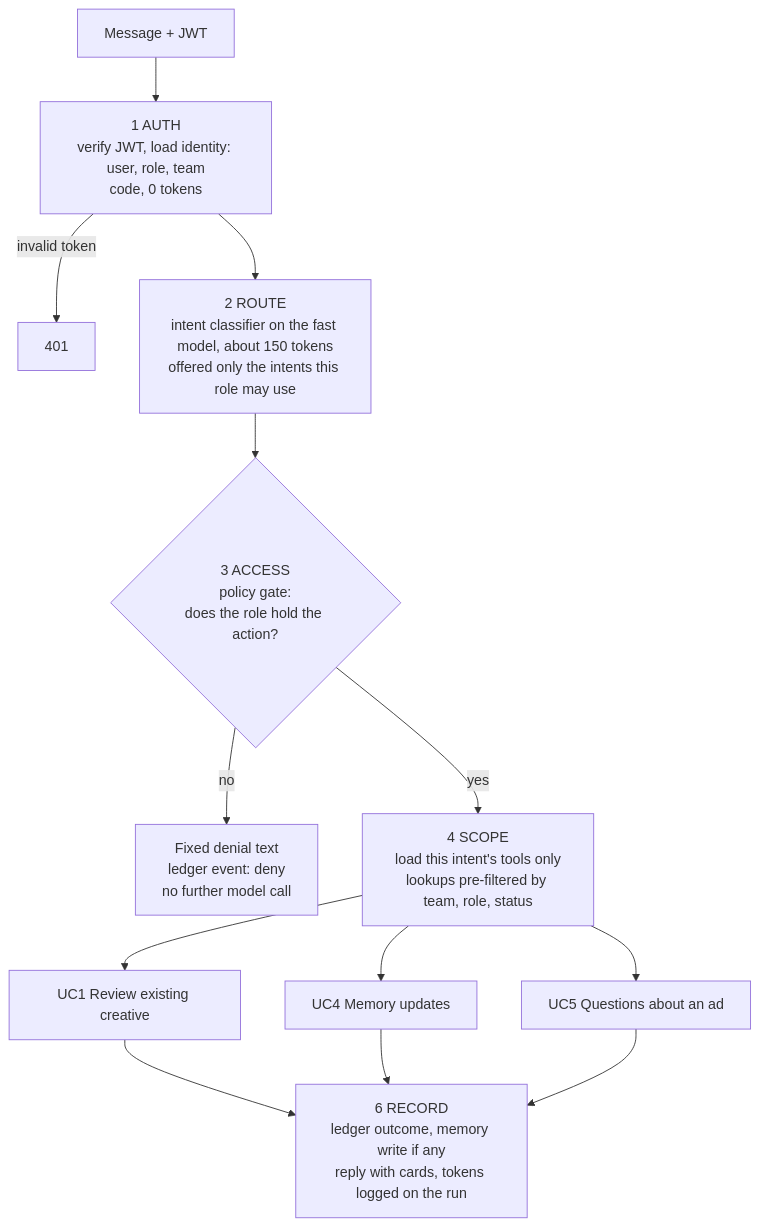
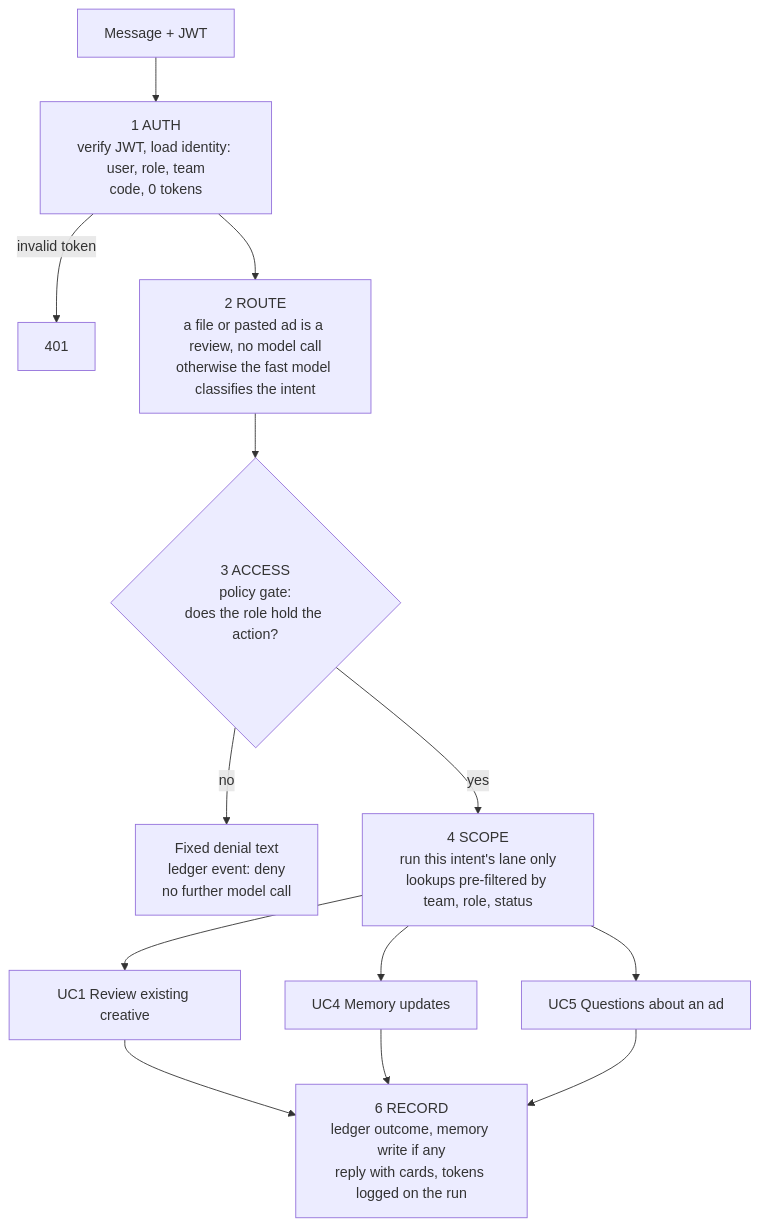
One commit to tusharraju7/mongodb-hackathon changed the first of 6 diagrams in docs/FLOWS.md. Above: the diagram before and after it, drawn with Mermaid. The commit also changed other lines of this file and 7 other files, not shown here.

````diff
--- a/docs/FLOWS.md
+++ b/docs/FLOWS.md
@@ -26,15 +26,15 @@
 ```mermaid
 flowchart TD
   IN["Message + JWT"] --> AUTH["1 AUTH<br/>verify JWT, load identity: user, role, team<br/>code, 0 tokens"]
   AUTH -->|"invalid token"| R401["401"]
-  AUTH --> ROUTE["2 ROUTE<br/>intent classifier on the fast model, about 150 tokens<br/>offered only the intents this role may use"]
+  AUTH --> ROUTE["2 ROUTE<br/>a file or pasted ad is a review, no model call<br/>otherwise the fast model classifies the intent"]
   ROUTE --> ACCESS{"3 ACCESS<br/>policy gate:<br/>does the role hold the action?"}
   ACCESS -->|"no"| DENY["Fixed denial text<br/>ledger event: deny<br/>no further model call"]
-  ACCESS -->|"yes"| SCOPE["4 SCOPE<br/>load this intent's tools only<br/>lookups pre-filtered by team, role, status"]
+  ACCESS -->|"yes"| SCOPE["4 SCOPE<br/>run this intent's lane only<br/>lookups pre-filtered by team, role, status"]
   SCOPE --> UC1["UC1 Review existing creative"]
   SCOPE --> UC4["UC4 Memory updates"]
   SCOPE --> UC5["UC5 Questions about an ad"]
   UC1 --> REC["6 RECORD<br/>ledger outcome, memory write if any<br/>reply with cards, tokens logged on the run"]
   UC4 --> REC
   UC5 --> REC
 ```
````
